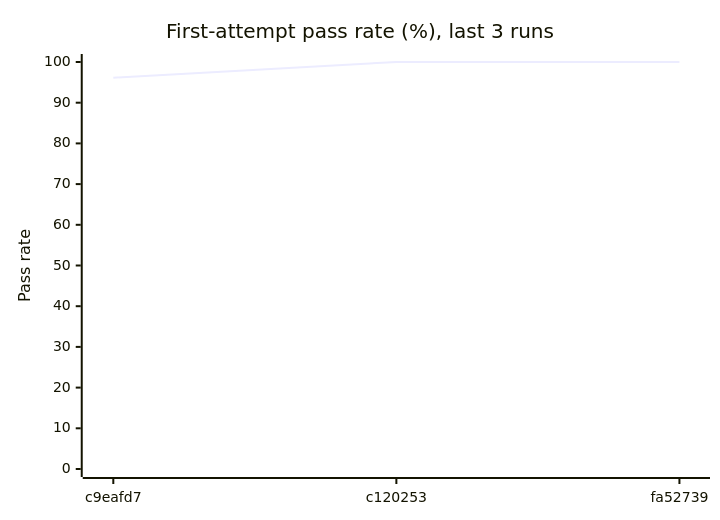
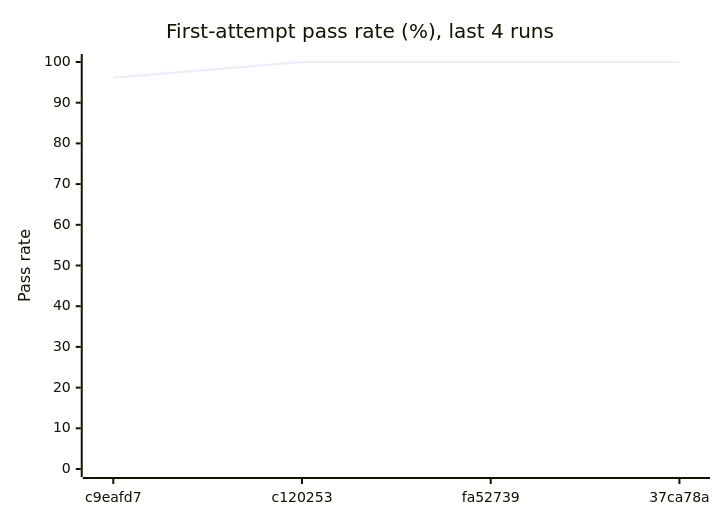
Before and after one commit to Shirojoufu/Flaky-Tests: the first of 3 diagrams in reports/summary.md, drawn with Mermaid. The commit also changed other lines of this file and 6 other files, not shown here.

````diff
--- a/reports/summary.md
+++ b/reports/summary.md
@@ -17,7 +17,7 @@
 ```mermaid
 xychart-beta
-    title "First-attempt pass rate (%), last 3 runs"
-    x-axis ["c9eafd7", "c120253", "fa52739"]
+    title "First-attempt pass rate (%), last 4 runs"
+    x-axis ["c9eafd7", "c120253", "fa52739", "37ca78a"]
     y-axis "Pass rate" 0 --> 100
-    line [96.15, 100.0, 100.0]
+    line [96.15, 100.0, 100.0, 100.0]
 ```
````
